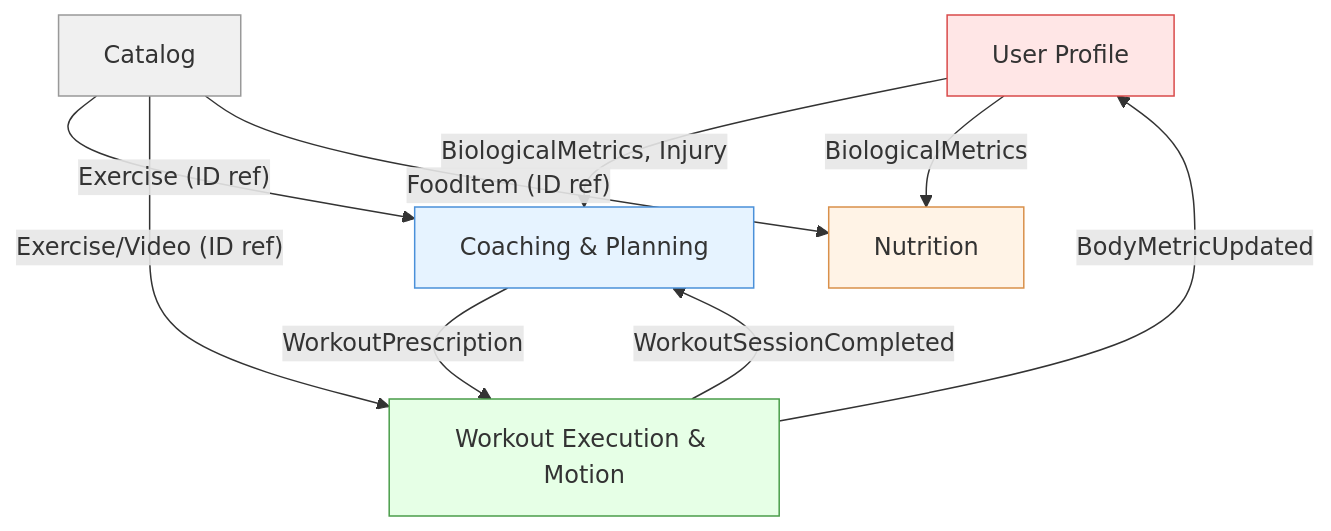
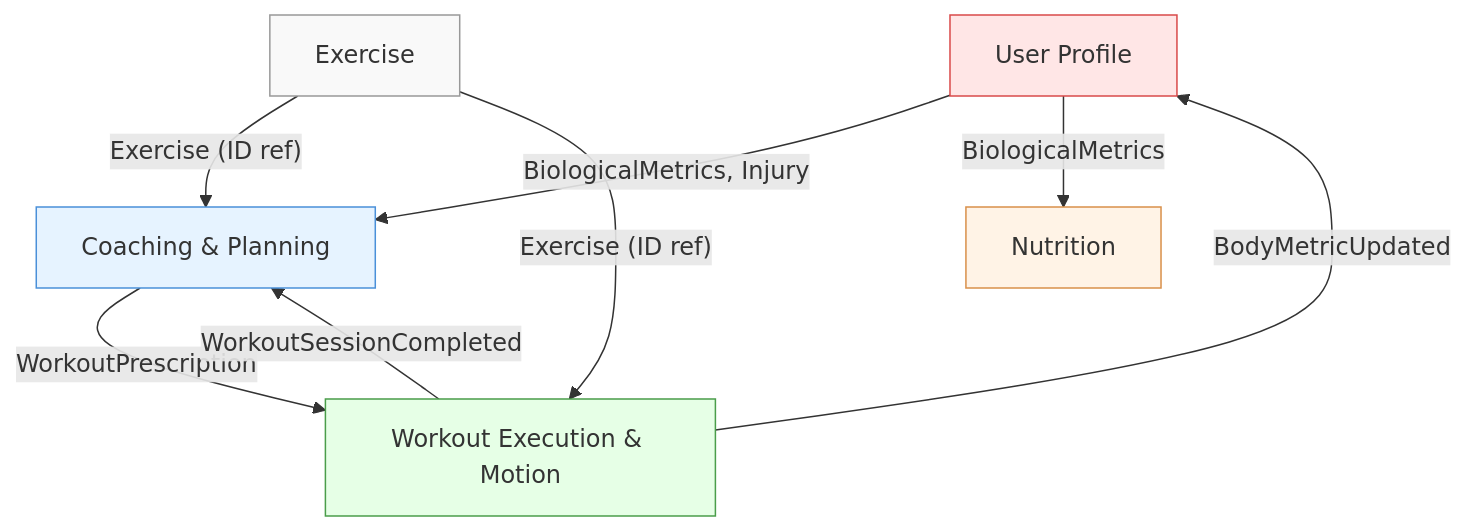
The diagram in docs/02_bounded_context.md (viethung213/gym-companion), drawn with Mermaid before and after one commit. The commit also changed other lines of this file and 22 other files, not shown here.

````diff
--- a/docs/02_bounded_context.md
+++ b/docs/02_bounded_context.md
@@ -102,26 +102,25 @@
 ```mermaid
 graph TD
     UP["User Profile"]
     CP["Coaching & Planning"]
     WEM["Workout Execution & Motion"]
     NU["Nutrition"]
-    CA["Catalog"]
+    EX["Exercise"]
 
     UP -- "BiologicalMetrics, Injury" --> CP
     UP -- "BiologicalMetrics" --> NU
 
-    CA -- "Exercise (ID ref)" --> CP
-    CA -- "Exercise/Video (ID ref)" --> WEM
-    CA -- "FoodItem (ID ref)" --> NU
+    EX -- "Exercise (ID ref)" --> CP
+    EX -- "Exercise (ID ref)" --> WEM
 
     CP -- "WorkoutPrescription" --> WEM
 
     WEM -- "WorkoutSessionCompleted" --> CP
     WEM -- "BodyMetricUpdated" --> UP
 
-    style CA fill:#f0f0f0,stroke:#999
     style CP fill:#e6f3ff,stroke:#4a90d9
     style WEM fill:#e6ffe6,stroke:#4a9d4a
     style NU fill:#fff3e6,stroke:#d9904a
     style UP fill:#ffe6e6,stroke:#d94a4a
+    style EX fill:#f9f9f9,stroke:#999
 ```
````
